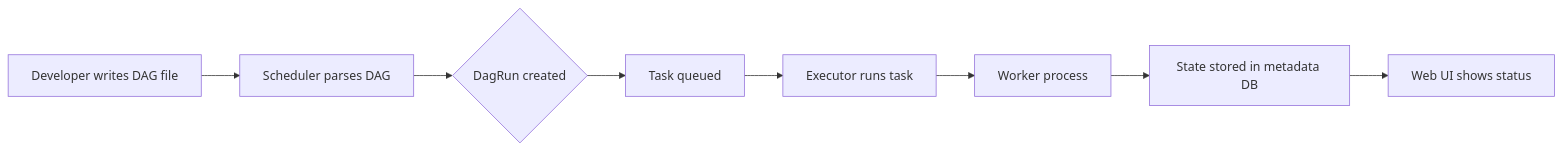
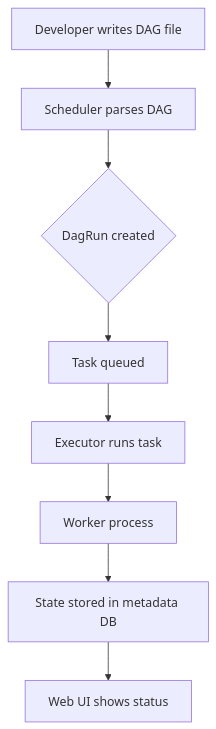
Before and after one commit to MathiasPaulenko/stack-practices-web: the diagram in src/content/recipes/data/python-airflow-dag-scheduling.md, drawn with Mermaid. The commit also changed other lines of this file and 7 other files, not shown here.

````diff
--- a/src/content/recipes/data/python-airflow-dag-scheduling.md
+++ b/src/content/recipes/data/python-airflow-dag-scheduling.md
@@ -419,10 +419,10 @@
 ```mermaid
-flowchart LR
+flowchart TD
     A[Developer writes DAG file] --> B[Scheduler parses DAG]
     B --> C{DagRun created}
     C --> D[Task queued]
     D --> E[Executor runs task]
     E --> F[Worker process]
     F --> G[State stored in metadata DB]
     G --> H[Web UI shows status]
 ```
````
